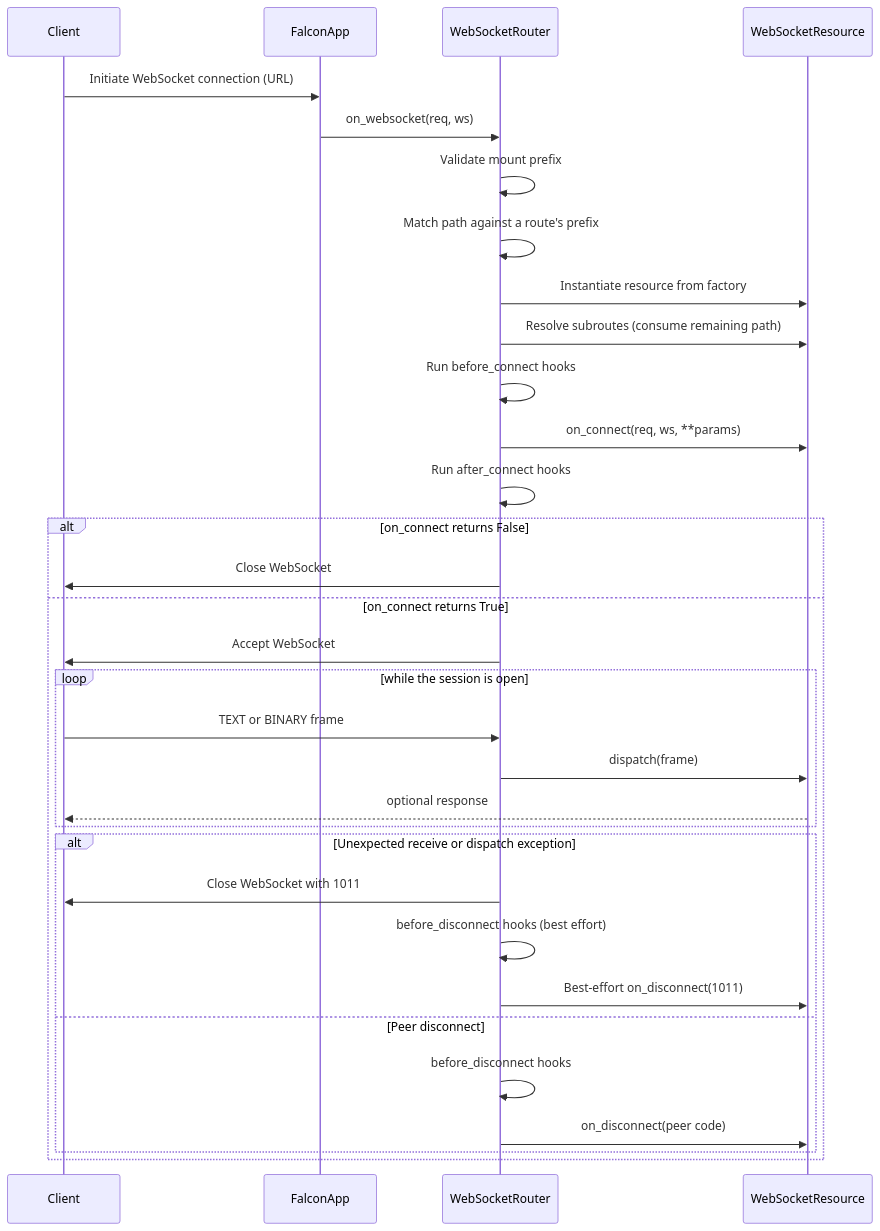
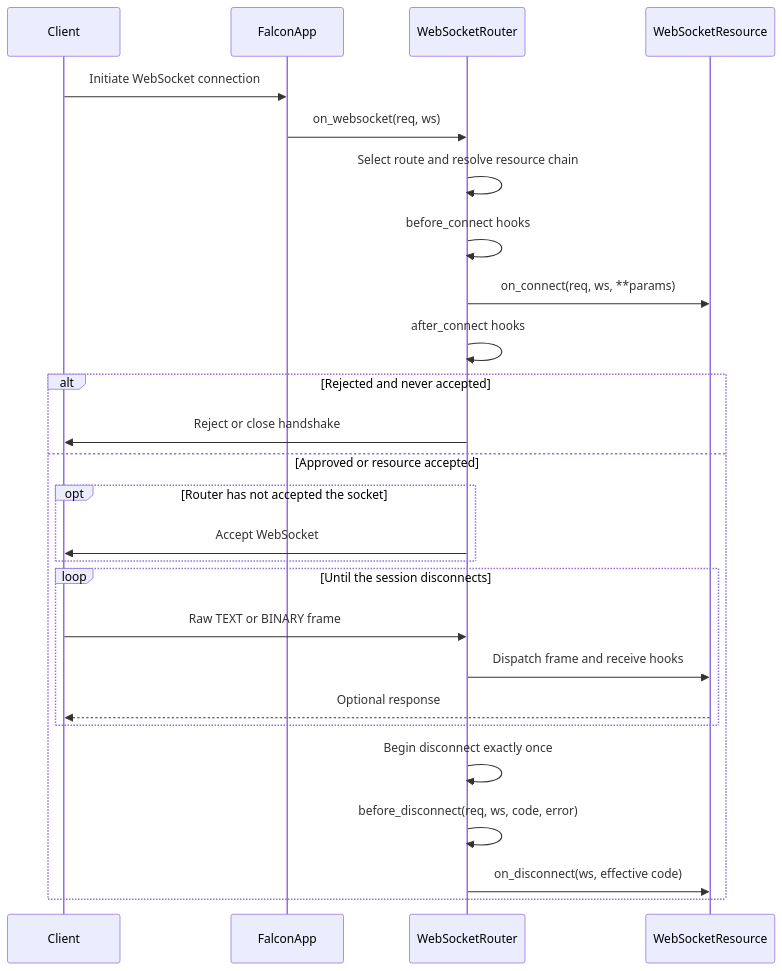
The seventh of 20 diagrams in docs/falcon-websocket-extension-design.md (leynos/falcon-pachinko), drawn with Mermaid before and after one commit. The commit also changed other lines of this file and 23 other files, not shown here.

First line of the commit message:
Implement WebSocket disconnect lifecycle

````diff
--- a/docs/falcon-websocket-extension-design.md
+++ b/docs/falcon-websocket-extension-design.md
@@ -1216,35 +1228,29 @@
 ```mermaid
 sequenceDiagram
     participant Client
     participant FalconApp
     participant WebSocketRouter
     participant WebSocketResource
 
-    Client->>FalconApp: Initiate WebSocket connection (URL)
+    Client->>FalconApp: Initiate WebSocket connection
     FalconApp->>WebSocketRouter: on_websocket(req, ws)
-    WebSocketRouter->>WebSocketRouter: Validate mount prefix
-    WebSocketRouter->>WebSocketRouter: Match path against a route's prefix
-    WebSocketRouter->>WebSocketResource: Instantiate resource from factory
-    WebSocketRouter->>WebSocketResource: Resolve subroutes (consume remaining path)
-    WebSocketRouter->>WebSocketRouter: Run before_connect hooks
+    WebSocketRouter->>WebSocketRouter: Select route and resolve resource chain
+    WebSocketRouter->>WebSocketRouter: before_connect hooks
     WebSocketRouter->>WebSocketResource: on_connect(req, ws, **params)
-    WebSocketRouter->>WebSocketRouter: Run after_connect hooks
-    alt on_connect returns False
-        WebSocketRouter->>Client: Close WebSocket
-    else on_connect returns True
-        WebSocketRouter->>Client: Accept WebSocket
-        loop while the session is open
-            Client->>WebSocketRouter: TEXT or BINARY frame
-            WebSocketRouter->>WebSocketResource: dispatch(frame)
-            WebSocketResource-->>Client: optional response
+    WebSocketRouter->>WebSocketRouter: after_connect hooks
+    alt Rejected and never accepted
+        WebSocketRouter->>Client: Reject or close handshake
+    else Approved or resource accepted
+        opt Router has not accepted the socket
+            WebSocketRouter->>Client: Accept WebSocket
         end
-        alt Unexpected receive or dispatch exception
-            WebSocketRouter->>Client: Close WebSocket with 1011
-            WebSocketRouter->>WebSocketRouter: before_disconnect hooks (best effort)
-            WebSocketRouter->>WebSocketResource: Best-effort on_disconnect(1011)
-        else Peer disconnect
-            WebSocketRouter->>WebSocketRouter: before_disconnect hooks
-            WebSocketRouter->>WebSocketResource: on_disconnect(peer code)
+        loop Until the session disconnects
+            Client->>WebSocketRouter: Raw TEXT or BINARY frame
+            WebSocketRouter->>WebSocketResource: Dispatch frame and receive hooks
+            WebSocketResource-->>Client: Optional response
         end
+        WebSocketRouter->>WebSocketRouter: Begin disconnect exactly once
+        WebSocketRouter->>WebSocketRouter: before_disconnect(req, ws, code, error)
+        WebSocketRouter->>WebSocketResource: on_disconnect(ws, effective code)
     end
 ```
````
